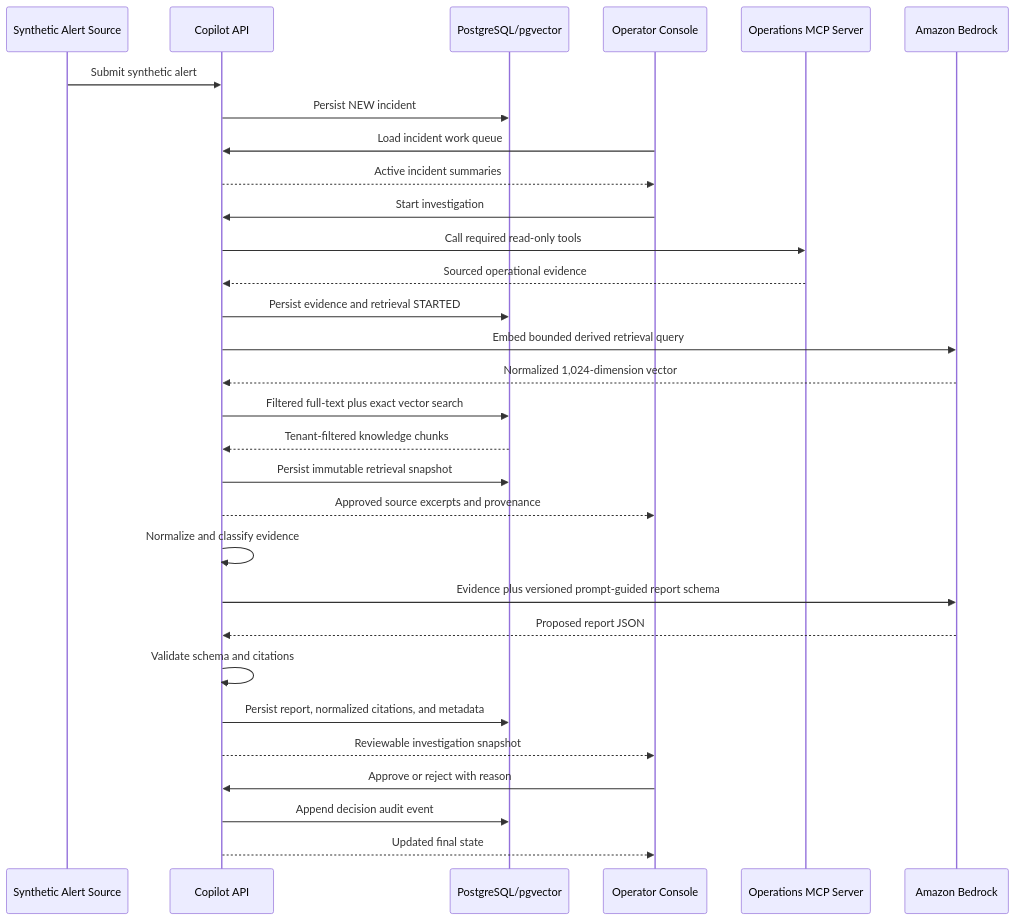
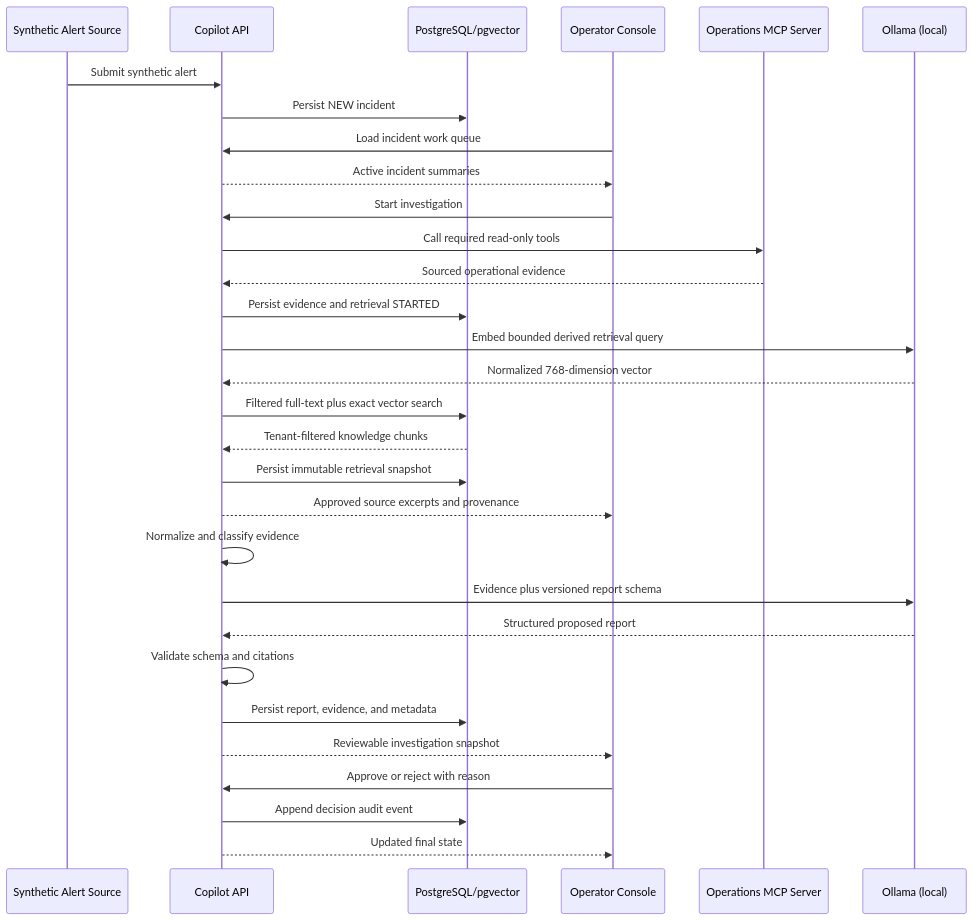
Before and after one commit to cguzowski/payment-incident-copilot: the diagram in docs/agent/ARCHITECTURE.md, drawn with Mermaid. The commit also changed other lines of this file and 35 other files, not shown here.

Commit message:
Integrate recovered report with local Ollama provider

````diff
--- a/docs/agent/ARCHITECTURE.md
+++ b/docs/agent/ARCHITECTURE.md
@@ -101,33 +88,33 @@
 ```mermaid
 sequenceDiagram
     participant S as Synthetic Alert Source
     participant A as Copilot API
     participant D as PostgreSQL/pgvector
     participant U as Operator Console
     participant M as Operations MCP Server
-    participant B as Amazon Bedrock
+    participant O as Ollama (local)
 
     S->>A: Submit synthetic alert
     A->>D: Persist NEW incident
     U->>A: Load incident work queue
     A-->>U: Active incident summaries
     U->>A: Start investigation
     A->>M: Call required read-only tools
     M-->>A: Sourced operational evidence
     A->>D: Persist evidence and retrieval STARTED
-    A->>B: Embed bounded derived retrieval query
-    B-->>A: Normalized 1,024-dimension vector
+    A->>O: Embed bounded derived retrieval query
+    O-->>A: Normalized 768-dimension vector
     A->>D: Filtered full-text plus exact vector search
     D-->>A: Tenant-filtered knowledge chunks
     A->>D: Persist immutable retrieval snapshot
     A-->>U: Approved source excerpts and provenance
     A->>A: Normalize and classify evidence
-    A->>B: Evidence plus versioned prompt-guided report schema
-    B-->>A: Proposed report JSON
+    A->>O: Evidence plus versioned report schema
+    O-->>A: Structured proposed report
     A->>A: Validate schema and citations
-    A->>D: Persist report, normalized citations, and metadata
+    A->>D: Persist report, evidence, and metadata
     A-->>U: Reviewable investigation snapshot
     U->>A: Approve or reject with reason
     A->>D: Append decision audit event
     A-->>U: Updated final state
 ```
````
